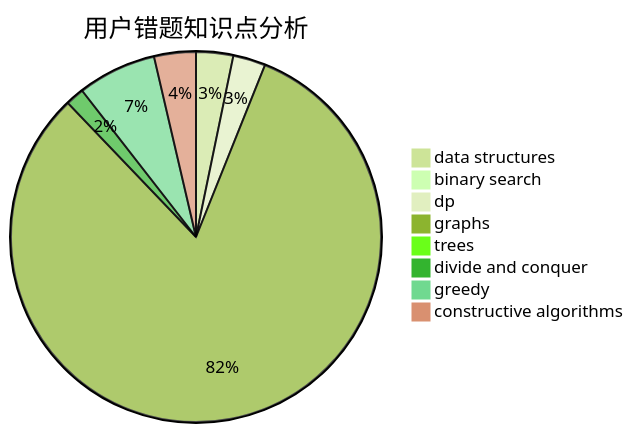
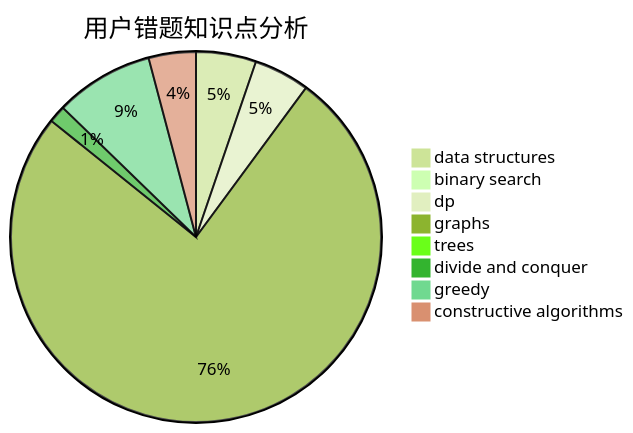
Before and after one commit to sherpahu/cfrs.github.io: the third of 3 diagrams in docs/user/u285.md, drawn with Mermaid (forest theme). The commit also changed other lines of this file and 2770 other files, not shown here.

````diff
--- a/docs/user/u285.md
+++ b/docs/user/u285.md
@@ -36,11 +36,11 @@
 ```mermaid
 pie title 用户错题知识点分析
-    "data structures" :  8
+    "data structures" :  14
     "binary search" :  0
-    "dp" :  7
+    "dp" :  13
     "graphs" :  202
     "trees" :  0
     "divide and conquer" :  4
-    "greedy" :  17
-    "constructive algorithms" :  9
+    "greedy" :  23
+    "constructive algorithms" :  11
 ```
````
